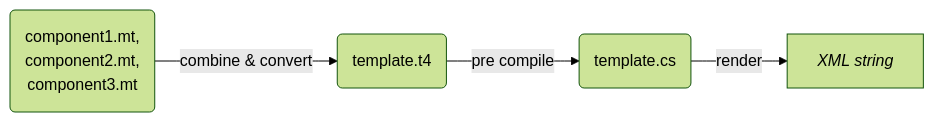
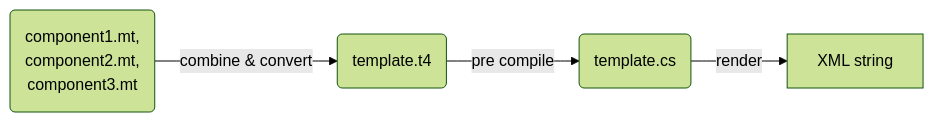
One commit to EvoEsports/ManiaTemplates changed the diagram in readme.md. Above: the diagram before and after it, drawn with Mermaid (forest theme).

`````diff
--- a/readme.md
+++ b/readme.md
@@ -53,6 +53,6 @@
 ````mermaid
 flowchart LR
     components(component1.mt, \ncomponent2.mt, \ncomponent3.mt) -->|combine & convert|t4(template.t4)
     t4 -->|pre compile|cs(template.cs)
-    cs -->|render|out["`*XML string*`"]
+    cs -->|render|out[XML string]
 ````
`````
